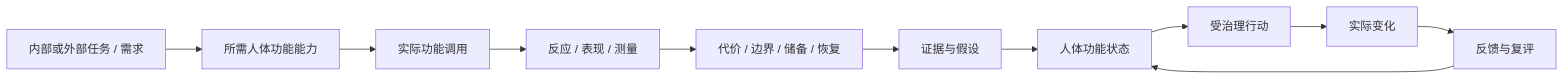
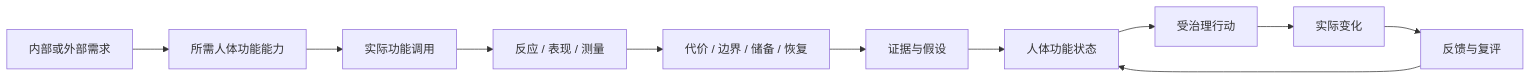
Before and after one commit to dlehche/MoveTips-Unified-Functional-Ontology: the diagram in README.zh-CN.md, drawn with Mermaid. The commit also changed other lines of this file and 6 other files, not shown here.

````diff
--- a/README.zh-CN.md
+++ b/README.zh-CN.md
@@ -89,13 +89,13 @@
 ```mermaid
 flowchart LR
-    T[内部或外部任务 / 需求] --> RC[所需人体功能能力]
+    D[内部或外部需求] --> RC[所需人体功能能力]
     RC --> FE[实际功能调用]
     FE --> R[反应 / 表现 / 测量]
     R --> C[代价 / 边界 / 储备 / 恢复]
     C --> E[证据与假设]
     E --> S[人体功能状态]
     S --> A[受治理行动]
     A --> CH[实际变化]
     CH --> FB[反馈与复评]
     FB --> S
 ```
````
